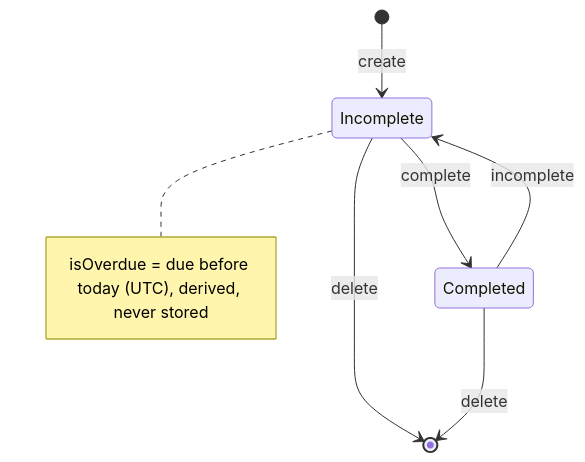
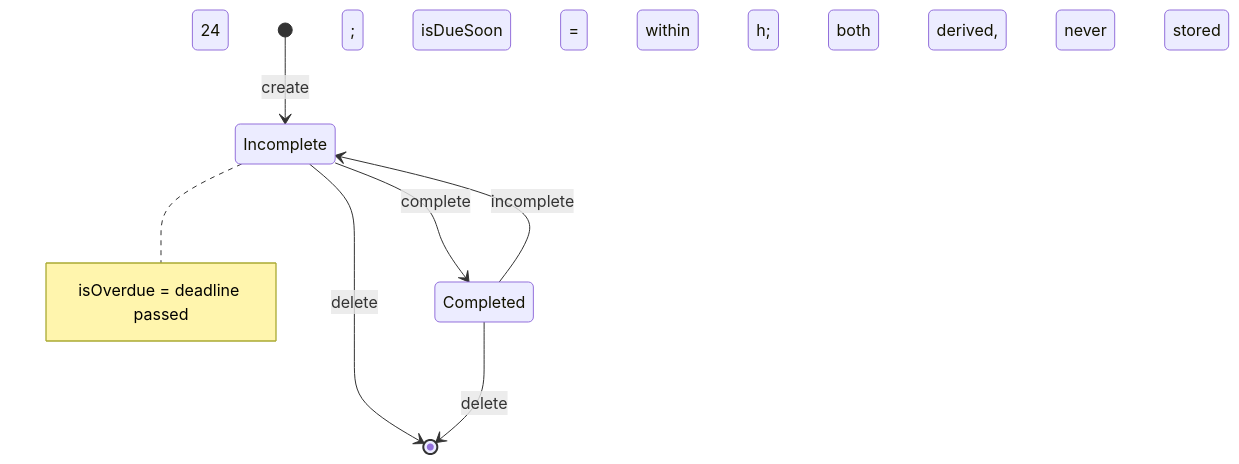
One commit to charlesmalo/FociToDo changed the fourth of 6 diagrams in docs/architecture.md. Above: the diagram before and after it, drawn with Mermaid. The commit also changed other lines of this file and 20 other files, not shown here.

````diff
--- a/docs/architecture.md
+++ b/docs/architecture.md
@@ -85,9 +85,9 @@
 ```mermaid
 stateDiagram-v2
   [*] --> Incomplete: create
   Incomplete --> Completed: complete
   Completed --> Incomplete: incomplete
   Incomplete --> [*]: delete
   Completed --> [*]: delete
-  note right of Incomplete: isOverdue = due before today (UTC), derived, never stored
+  note right of Incomplete: isOverdue = deadline passed; isDueSoon = within 24 h; both derived, never stored
 ```
````
